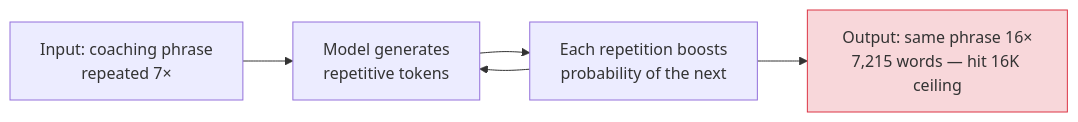
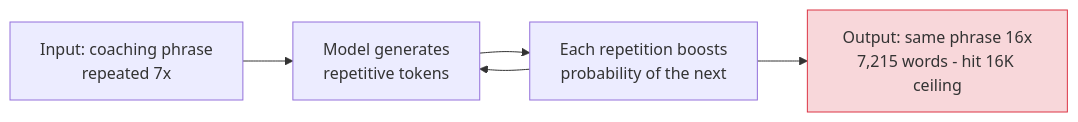
Before and after one commit to hourliert/VoiceInk-Qwen3.5-2B-FT: the fourth of 4 diagrams in docs/BLOG_POST.md, drawn with Mermaid. The commit also changed other lines of this file, not shown here.

````diff
--- a/docs/BLOG_POST.md
+++ b/docs/BLOG_POST.md
@@ -268,9 +258,9 @@
 ```mermaid
 graph LR
-    A["Input: coaching phrase<br/>repeated 7×"] --> B["Model generates<br/>repetitive tokens"]
+    A["Input: coaching phrase<br/>repeated 7x"] --> B["Model generates<br/>repetitive tokens"]
     B --> C["Each repetition boosts<br/>probability of the next"]
     C --> B
-    C --> D["Output: same phrase 16×<br/>7,215 words — hit 16K ceiling"]
+    C --> D["Output: same phrase 16x<br/>7,215 words - hit 16K ceiling"]
 
     style D fill:#f8d7da,stroke:#dc3545
 ```
````
